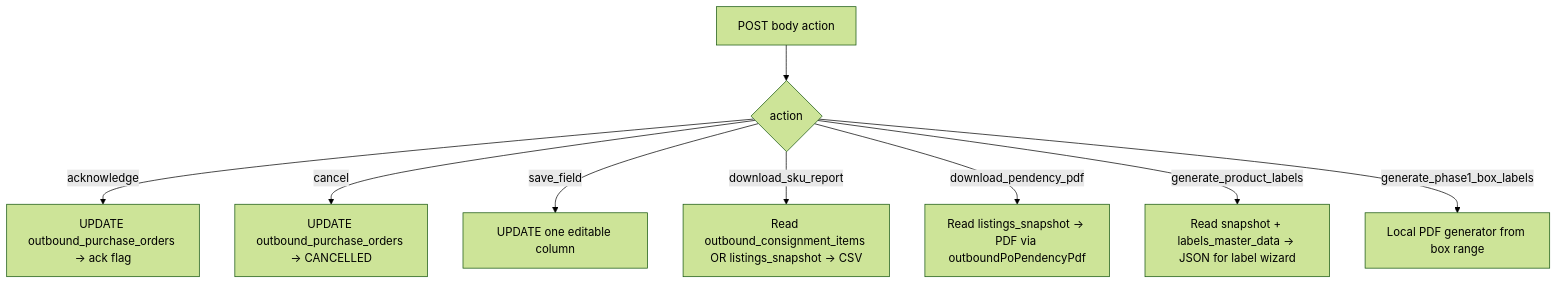
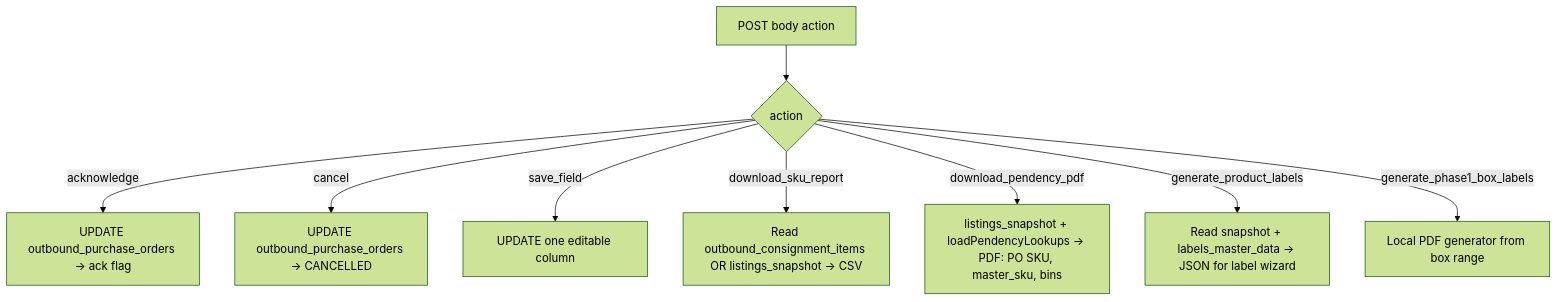
Diagram 18 of 19 in docs/current-system/workflows.md (mohittambi/zap), drawn with Mermaid (forest theme) before and after one commit. The commit also changed 19 other files, not shown here.

````diff
--- a/docs/current-system/workflows.md
+++ b/docs/current-system/workflows.md
@@ -415,11 +415,11 @@
 ```mermaid
 flowchart TD
   In[POST body action] --> Act{action}
   Act -->|acknowledge| A1[UPDATE outbound_purchase_orders → ack flag]
   Act -->|cancel| A2[UPDATE outbound_purchase_orders → CANCELLED]
   Act -->|save_field| A3[UPDATE one editable column]
   Act -->|download_sku_report| A4[Read outbound_consignment_items OR listings_snapshot → CSV]
-  Act -->|download_pendency_pdf| A5[Read listings_snapshot → PDF via outboundPoPendencyPdf]
+  Act -->|download_pendency_pdf| A5[listings_snapshot + loadPendencyLookups → PDF: PO SKU, master_sku, bins]
   Act -->|generate_product_labels| A6[Read snapshot + labels_master_data → JSON for label wizard]
   Act -->|generate_phase1_box_labels| A7[Local PDF generator from box range]
 ```
````
